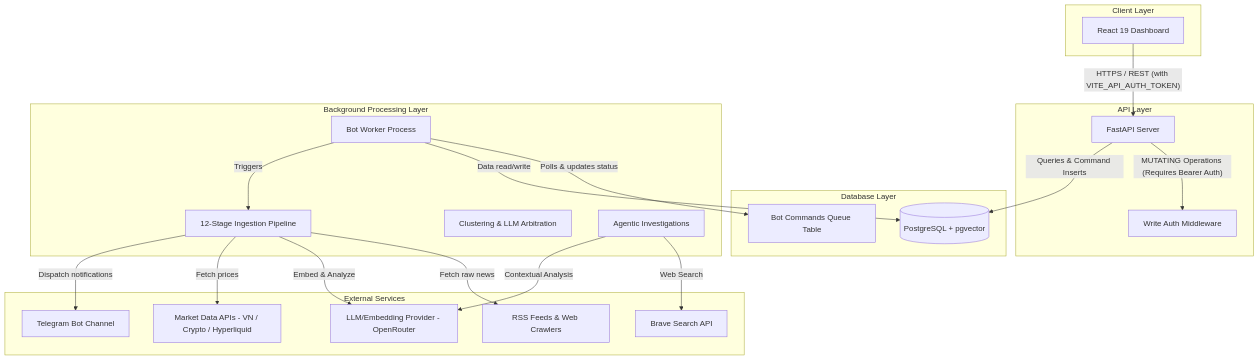
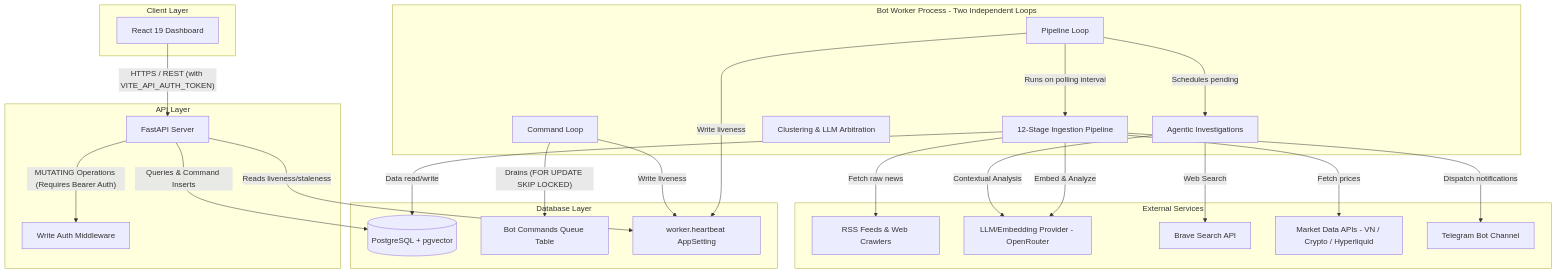
One commit to duyyudus/market-watch-assistant changed the diagram in docs/overview.md. Above: the diagram before and after it, drawn with Mermaid. The commit also changed other lines of this file and 4 other files, not shown here.

First line of the commit message:
docs: update documentation for worker heartbeat and command loop architecture

````diff
--- a/docs/overview.md
+++ b/docs/overview.md
@@ -22,52 +22,58 @@
 ```mermaid
 graph TD
     %% Frontend
     subgraph Frontend [Client Layer]
         UI[React 19 Dashboard]
     end
 
     %% Web API
     subgraph WebServer [API Layer]
         API[FastAPI Server]
         Auth[Write Auth Middleware]
     end
 
     %% Database
     subgraph DataStore [Database Layer]
         DB[(PostgreSQL + pgvector)]
         CommandQueue[Bot Commands Queue Table]
+        Heartbeat[worker.heartbeat AppSetting]
     end
 
     %% Backend Worker
-    subgraph Worker [Background Processing Layer]
-        BotWorker[Bot Worker Process]
+    subgraph Worker [Bot Worker Process - Two Independent Loops]
+        PipelineLoop[Pipeline Loop]
+        CommandLoop[Command Loop]
         Pipeline[12-Stage Ingestion Pipeline]
         Clustering[Clustering & LLM Arbitration]
         Investigation[Agentic Investigations]
     end
 
     %% External Systems
     subgraph External [External Services]
         RSS[RSS Feeds & Web Crawlers]
         LLM[LLM/Embedding Provider - OpenRouter]
         Brave[Brave Search API]
         Markets[Market Data APIs - VN / Crypto / Hyperliquid]
         Telegram[Telegram Bot Channel]
     end
 
     %% Connections
     UI -- "HTTPS / REST (with VITE_API_AUTH_TOKEN)" --> API
     API -- "MUTATING Operations (Requires Bearer Auth)" --> Auth
     API -- "Queries & Command Inserts" --> DB
-    BotWorker -- "Polls & updates status" --> CommandQueue
-    BotWorker -- "Data read/write" --> DB
-    
-    BotWorker -- "Triggers" --> Pipeline
+    API -- "Reads liveness/staleness" --> Heartbeat
+
+    CommandLoop -- "Drains (FOR UPDATE SKIP LOCKED)" --> CommandQueue
+    PipelineLoop -- "Runs on polling interval" --> Pipeline
+    PipelineLoop -- "Schedules pending" --> Investigation
+    PipelineLoop & CommandLoop -- "Write liveness" --> Heartbeat
+    Pipeline -- "Data read/write" --> DB
+
     Pipeline -- "Fetch raw news" --> RSS
     Pipeline -- "Embed & Analyze" --> LLM
     Pipeline -- "Fetch prices" --> Markets
     Pipeline -- "Dispatch notifications" --> Telegram
-    
+
     Investigation -- "Web Search" --> Brave
     Investigation -- "Contextual Analysis" --> LLM
 ```
````
